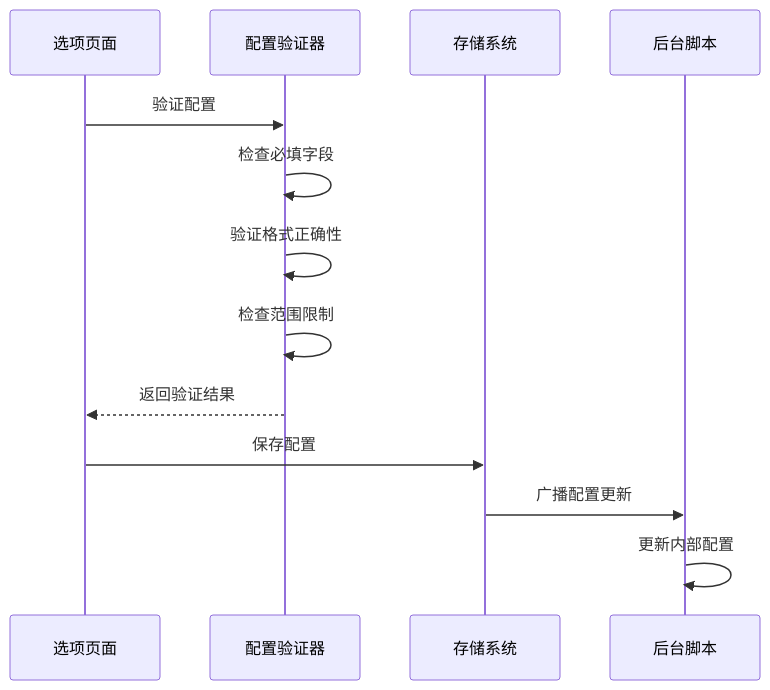
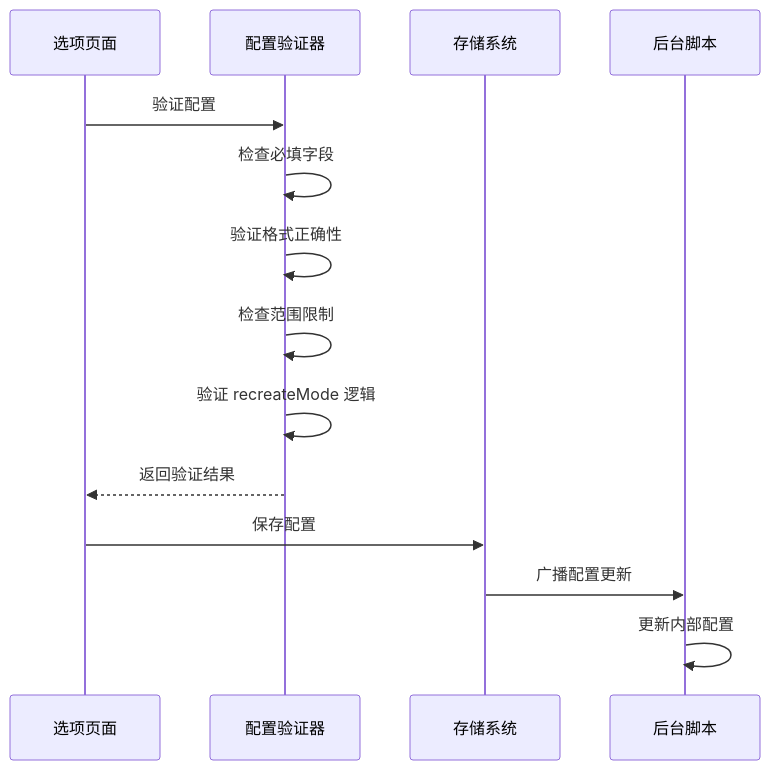
Before and after one commit to binasi/Img2Prompt: the fourth of 11 diagrams in .qoder/repowiki/zh/content/技术架构/核心模块分析/配置管理模块 (config.js).md, drawn with Mermaid. The commit also changed other lines of this file and 7 other files, not shown here.

````diff
--- a/.qoder/repowiki/zh/content/技术架构/核心模块分析/配置管理模块 (config.js).md
+++ b/.qoder/repowiki/zh/content/技术架构/核心模块分析/配置管理模块 (config.js).md
@@ -213,15 +235,16 @@
 ```mermaid
 sequenceDiagram
 participant Options as 选项页面
 participant Config as 配置验证器
 participant Storage as 存储系统
 participant Background as 后台脚本
 Options->>Config : 验证配置
 Config->>Config : 检查必填字段
 Config->>Config : 验证格式正确性
 Config->>Config : 检查范围限制
+Config->>Config : 验证 recreateMode 逻辑
 Config-->>Options : 返回验证结果
 Options->>Storage : 保存配置
 Storage->>Background : 广播配置更新
 Background->>Background : 更新内部配置
 ```
````
